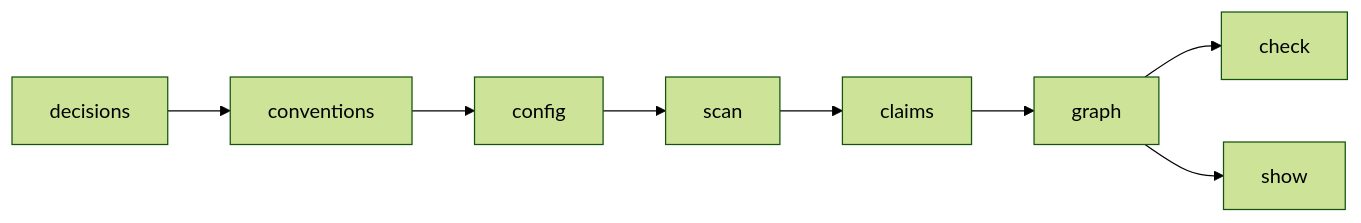
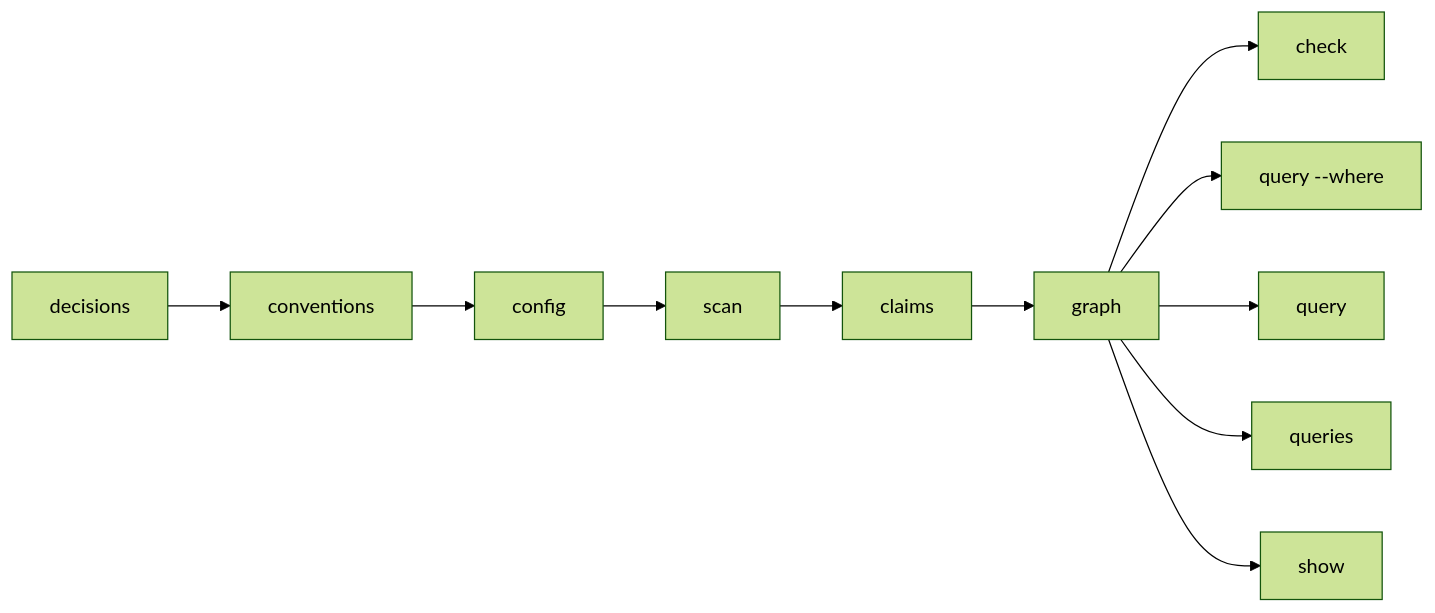
One commit to mantoni/patram changed the diagram in docs/roadmap/v0-dogfood.md. Above: the diagram before and after it, drawn with Mermaid (forest theme). The commit also changed other lines of this file and 5 other files, not shown here.

Commit message:
Document v0 query roadmap and conventions

````diff
--- a/docs/roadmap/v0-dogfood.md
+++ b/docs/roadmap/v0-dogfood.md
@@ -36,10 +45,13 @@
 ```mermaid
 graph LR
   A["decisions"] --> B["conventions"]
   B --> C["config"]
   C --> D["scan"]
   D --> E["claims"]
   E --> F["graph"]
   F --> G["check"]
-  F --> H["show"]
+  F --> H["query --where"]
+  F --> I["query <name>"]
+  F --> J["queries"]
+  F --> K["show"]
 ```
````
